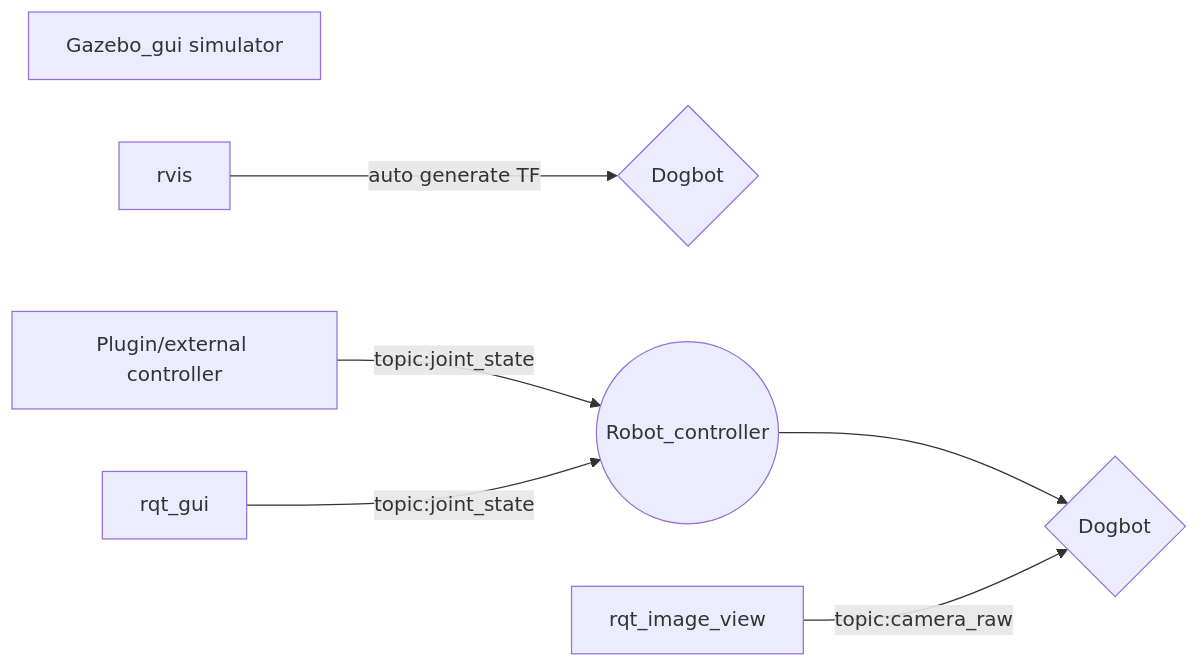
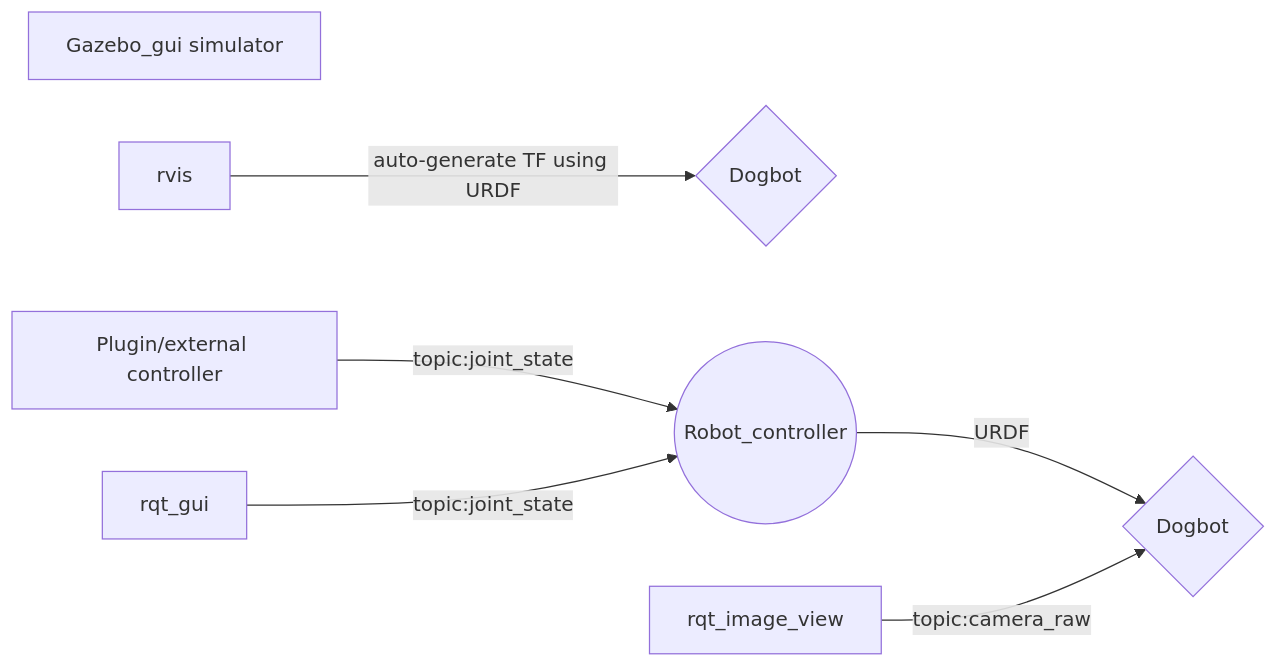
Before and after one commit to bsyh/dogbot_ros: the diagram in README.md, drawn with Mermaid.

````diff
--- a/README.md
+++ b/README.md
@@ -46,10 +46,10 @@
 ```mermaid
 graph LR
 Z[Gazebo_gui simulator]
 
-R[rvis] --auto generate TF--> V{Dogbot}
+R[rvis] --auto-generate TF using URDF--> V{Dogbot}
 
 X[Plugin/external controller] --  topic:joint_state --> B
-H[rqt_gui] -- topic:joint_state -->B((Robot_controller)) -->F{Dogbot}
+H[rqt_gui] -- topic:joint_state -->B((Robot_controller)) --URDF-->F{Dogbot}
 A[rqt_image_view] -- topic:camera_raw --> F
 ```
````
